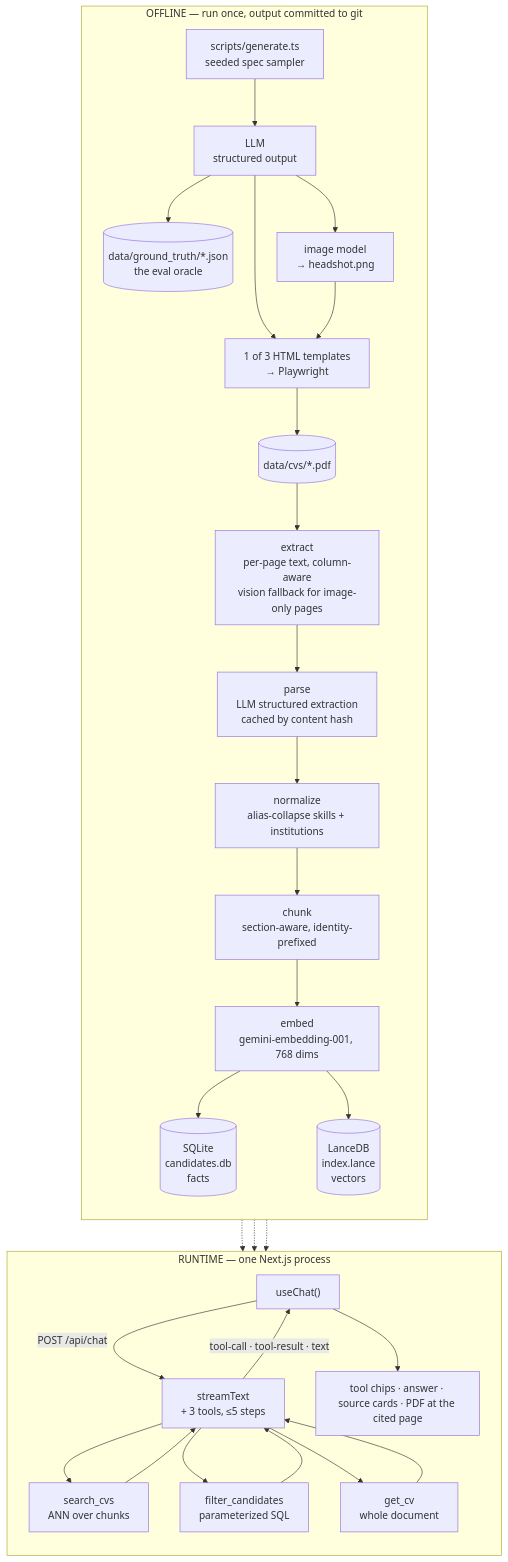
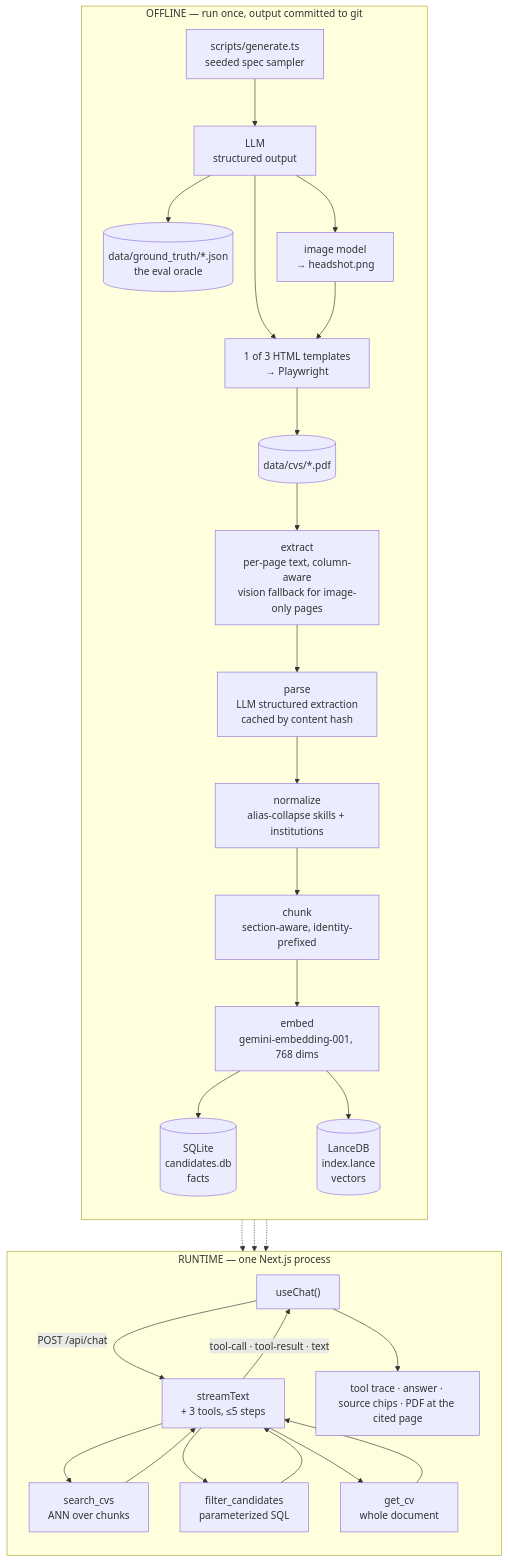
Before and after one commit to hamedhafeznia/CV-Screener: the diagram in README.md, drawn with Mermaid. The commit also changed other lines of this file, not shown here.

````diff
--- a/README.md
+++ b/README.md
@@ -52,37 +52,37 @@
 ```mermaid
 flowchart TB
   subgraph OFFLINE["OFFLINE — run once, output committed to git"]
     direction TB
     S["scripts/generate.ts<br/>seeded spec sampler"] --> L1["LLM<br/>structured output"]
     L1 --> GT[("data/ground_truth/*.json<br/>the eval oracle")]
     L1 --> IMG["image model<br/>→ headshot.png"]
     L1 --> TPL["1 of 3 HTML templates<br/>→ Playwright"]
     IMG --> TPL
     TPL --> PDF[("data/cvs/*.pdf")]
 
     PDF --> EX["extract<br/>per-page text, column-aware<br/>vision fallback for image-only pages"]
     EX --> PA["parse<br/>LLM structured extraction<br/>cached by content hash"]
     PA --> NO["normalize<br/>alias-collapse skills + institutions"]
     NO --> CH["chunk<br/>section-aware, identity-prefixed"]
     CH --> EM["embed<br/>gemini-embedding-001, 768 dims"]
     EM --> SQL[("SQLite<br/>candidates.db<br/>facts")]
     EM --> LDB[("LanceDB<br/>index.lance<br/>vectors")]
   end
 
   subgraph RUNTIME["RUNTIME — one Next.js process"]
     direction TB
     UI["useChat()"] -->|"POST /api/chat"| ST["streamText<br/>+ 3 tools, ≤5 steps"]
     ST --> T1["search_cvs<br/>ANN over chunks"]
     ST --> T2["filter_candidates<br/>parameterized SQL"]
     ST --> T3["get_cv<br/>whole document"]
     T1 --> ST
     T2 --> ST
     T3 --> ST
     ST -->|"tool-call · tool-result · text"| UI
-    UI --> CIT["tool chips · answer · source cards · PDF at the cited page"]
+    UI --> CIT["tool trace · answer · source chips · PDF at the cited page"]
   end
 
   SQL -.-> T2
   SQL -.-> T3
   LDB -.-> T1
 ```
````
